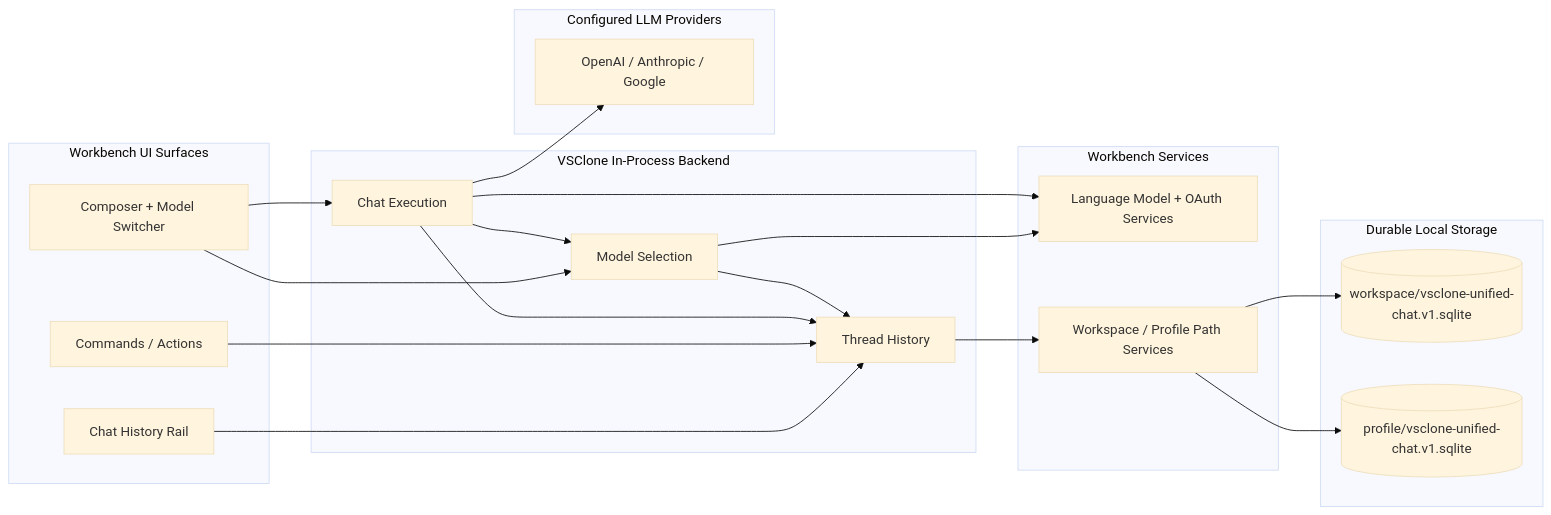
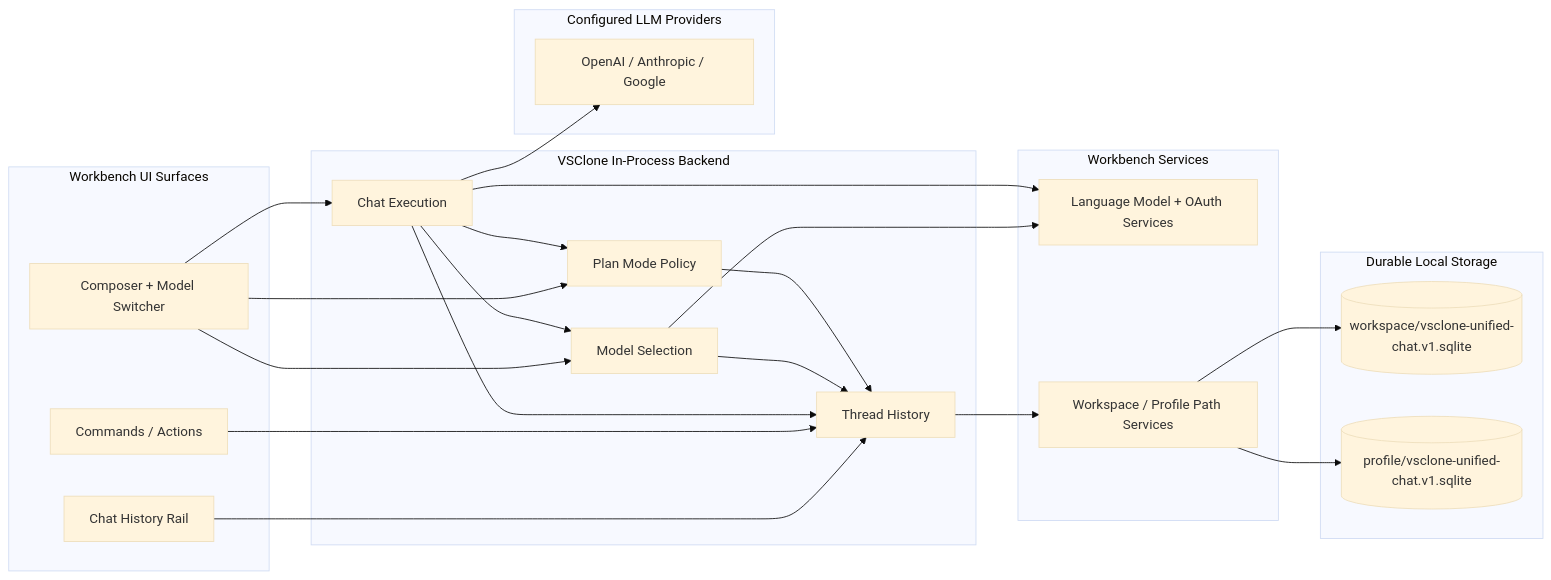
One commit to BrandonHowe/cs485-llm-ide changed the diagram in cs485/backend-unified-spec.md. Above: the diagram before and after it, drawn with Mermaid (base theme). The commit also changed other lines of this file and 27 other files, not shown here.

Commit message:
feat(vsclone): add plan mode for unified chat

````diff
--- a/cs485/backend-unified-spec.md
+++ b/cs485/backend-unified-spec.md
@@ -49,46 +52,50 @@
 ```mermaid
 flowchart LR
   subgraph UI["Workbench UI Surfaces"]
     Rail["Chat History Rail"]
     Composer["Composer + Model Switcher"]
     Actions["Commands / Actions"]
   end
 
   subgraph Backend["VSClone In-Process Backend"]
     History["Thread History"]
     Execution["Chat Execution"]
     Selection["Model Selection"]
+    PlanMode["Plan Mode Policy"]
   end
 
   subgraph Platform["Workbench Services"]
     LM["Language Model + OAuth Services"]
     Paths["Workspace / Profile Path Services"]
   end
 
   subgraph Local["Durable Local Storage"]
     WorkspaceDb[("workspace/vsclone-unified-chat.v1.sqlite")]
     ProfileDb[("profile/vsclone-unified-chat.v1.sqlite")]
   end
 
   subgraph Cloud["Configured LLM Providers"]
     Providers["OpenAI / Anthropic / Google"]
   end
 
   Rail --> History
   Composer --> Selection
   Composer --> Execution
+  Composer --> PlanMode
   Actions --> History
 
   Execution --> History
   Execution --> Selection
+  Execution --> PlanMode
   Selection --> History
+  PlanMode --> History
 
   Selection --> LM
   Execution --> LM
 
   History --> Paths
   Paths --> WorkspaceDb
   Paths --> ProfileDb
 
   Execution --> Providers
 ```
````
